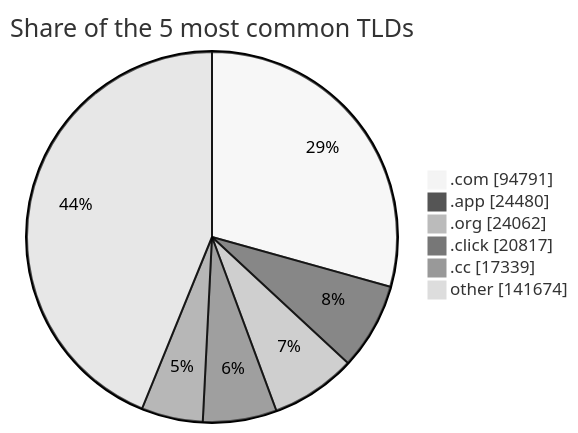
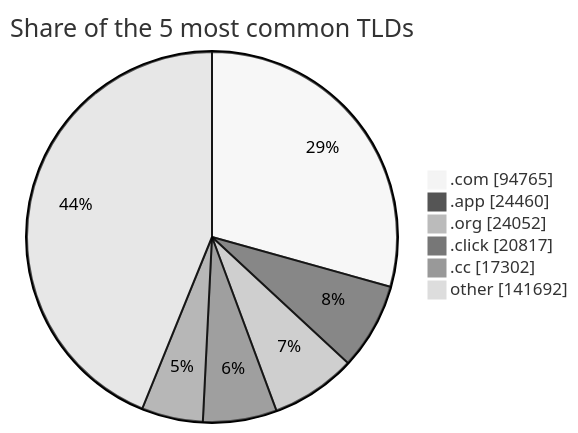
The third of 3 diagrams in README.md (DNSBunker/CTI), drawn with Mermaid (neutral theme) before and after one commit. The commit also changed other lines of this file and 4 other files, not shown here.

````diff
--- a/README.md
+++ b/README.md
@@ -81,9 +81,9 @@
 ```mermaid
 pie showData title Share of the 5 most common TLDs
-    ".com" : 94791
-    ".app" : 24480
-    ".org" : 24062
+    ".com" : 94765
+    ".app" : 24460
+    ".org" : 24052
     ".click" : 20817
-    ".cc" : 17339
-    "other" : 141674
+    ".cc" : 17302
+    "other" : 141692
 ```
````
